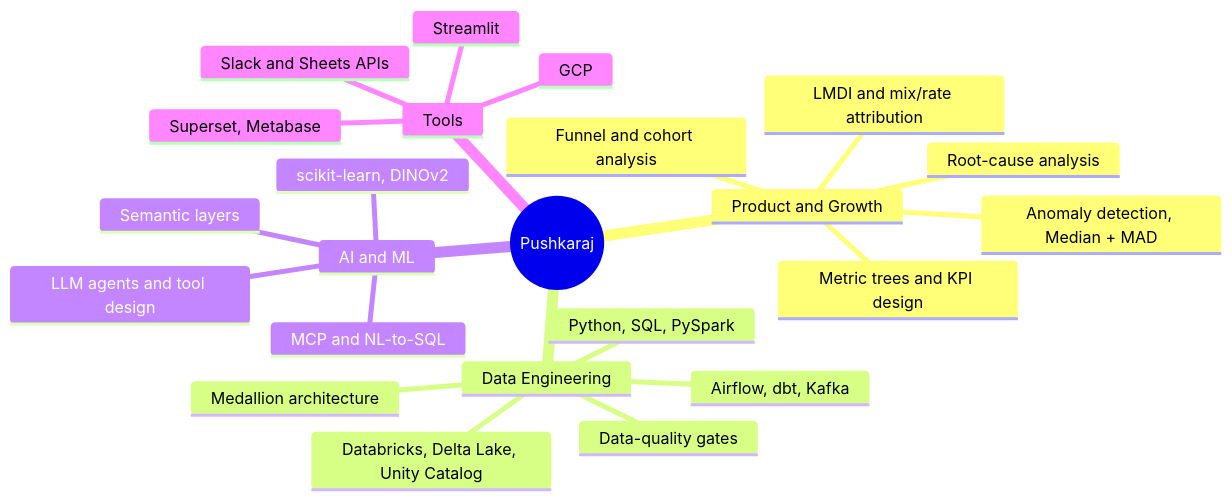
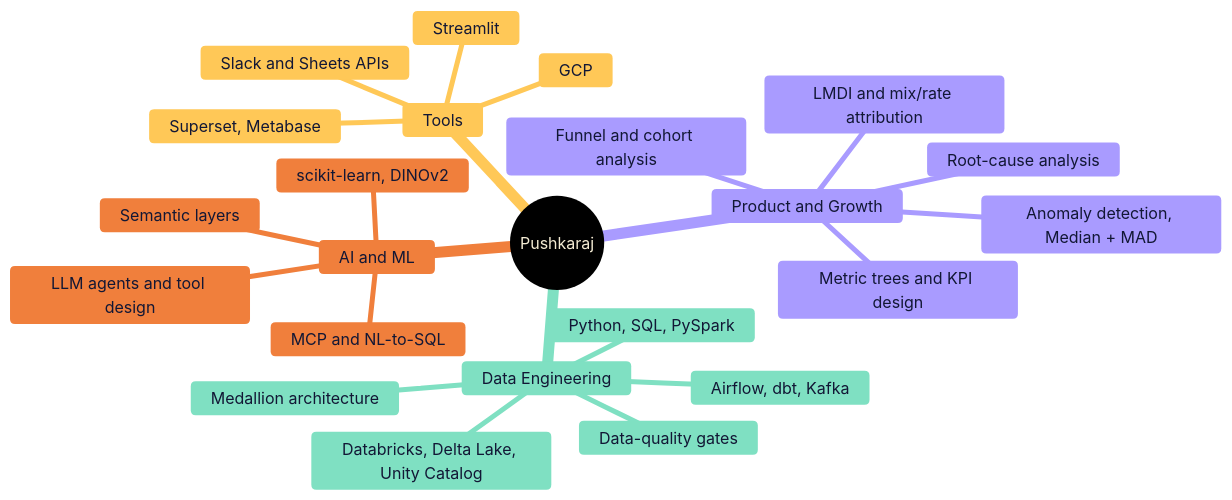
The second of 2 diagrams in README.md (2pushkaraj3/2pushkaraj3), drawn with Mermaid before and after one commit. The commit also changed other lines of this file, not shown here.

````diff
--- a/README.md
+++ b/README.md
@@ -100,26 +96,27 @@
 ```mermaid
+%%{init: {'theme':'base','themeVariables':{'primaryColor':'#121735','primaryTextColor':'#F3EBD3','cScale1':'#A99BFF','cScaleLabel1':'#121735','cScale2':'#7FE0C2','cScaleLabel2':'#121735','cScale3':'#F07F3C','cScaleLabel3':'#121735','cScale4':'#FFC857','cScaleLabel4':'#121735'}}}%%
 mindmap
   root((Pushkaraj))
     Product and Growth
       Metric trees and KPI design
       Funnel and cohort analysis
       Root-cause analysis
       LMDI and mix/rate attribution
       Anomaly detection, Median + MAD
     Data Engineering
       Python, SQL, PySpark
       Databricks, Delta Lake, Unity Catalog
       Airflow, dbt, Kafka
       Medallion architecture
       Data-quality gates
     AI and ML
       LLM agents and tool design
       MCP and NL-to-SQL
       Semantic layers
       scikit-learn, DINOv2
     Tools
       Superset, Metabase
       Streamlit
       Slack and Sheets APIs
       GCP
 ```
````
